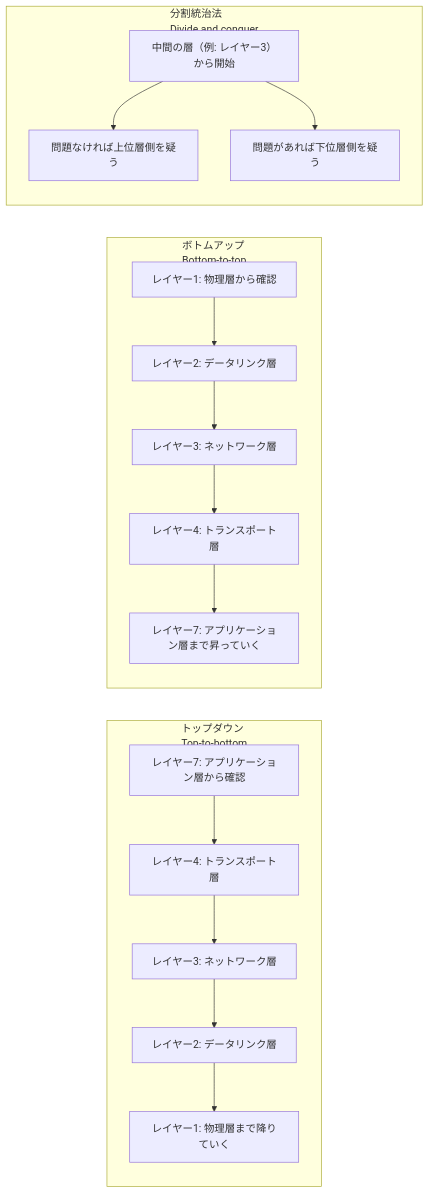
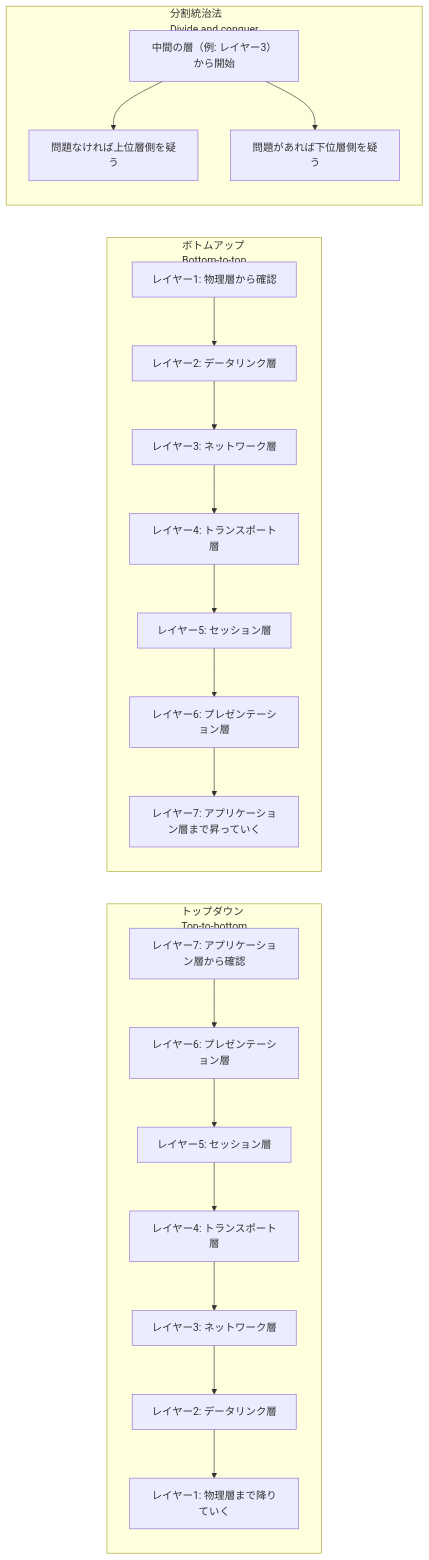
The second of 2 diagrams in Comptia-network-plus-troubleshooting-guide.md (myoshi2891/Cloud-Infrastructure-Studies), drawn with Mermaid before and after one commit. The commit also changed other lines of this file and 1 other file, not shown here.

Commit message:
fix(comptia): add mobile sidebar toggle, update OSI layers and VFL terminology, fix section numbers

````diff
--- a/Comptia-network-plus-troubleshooting-guide.md
+++ b/Comptia-network-plus-troubleshooting-guide.md
@@ -134,22 +134,26 @@
 ```mermaid
 flowchart LR
     subgraph TD1["トップダウン<br/>Top-to-bottom"]
         direction TB
-        T7["レイヤー7: アプリケーション層から確認"] --> T4["レイヤー4: トランスポート層"]
+        T7["レイヤー7: アプリケーション層から確認"] --> T6["レイヤー6: プレゼンテーション層"]
+        T6 --> T5["レイヤー5: セッション層"]
+        T5 --> T4["レイヤー4: トランスポート層"]
         T4 --> T3["レイヤー3: ネットワーク層"]
         T3 --> T2["レイヤー2: データリンク層"]
         T2 --> T1["レイヤー1: 物理層まで降りていく"]
     end
     subgraph BU1["ボトムアップ<br/>Bottom-to-top"]
         direction TB
         B1["レイヤー1: 物理層から確認"] --> B2["レイヤー2: データリンク層"]
         B2 --> B3["レイヤー3: ネットワーク層"]
         B3 --> B4["レイヤー4: トランスポート層"]
-        B4 --> B7["レイヤー7: アプリケーション層まで昇っていく"]
+        B4 --> B5["レイヤー5: セッション層"]
+        B5 --> B6["レイヤー6: プレゼンテーション層"]
+        B6 --> B7["レイヤー7: アプリケーション層まで昇っていく"]
     end
     subgraph DC1["分割統治法<br/>Divide and conquer"]
         direction TB
         M["中間の層（例: レイヤー3）から開始"] --> MU["問題なければ上位層側を疑う"]
         M --> MD["問題があれば下位層側を疑う"]
     end
 ```
````
